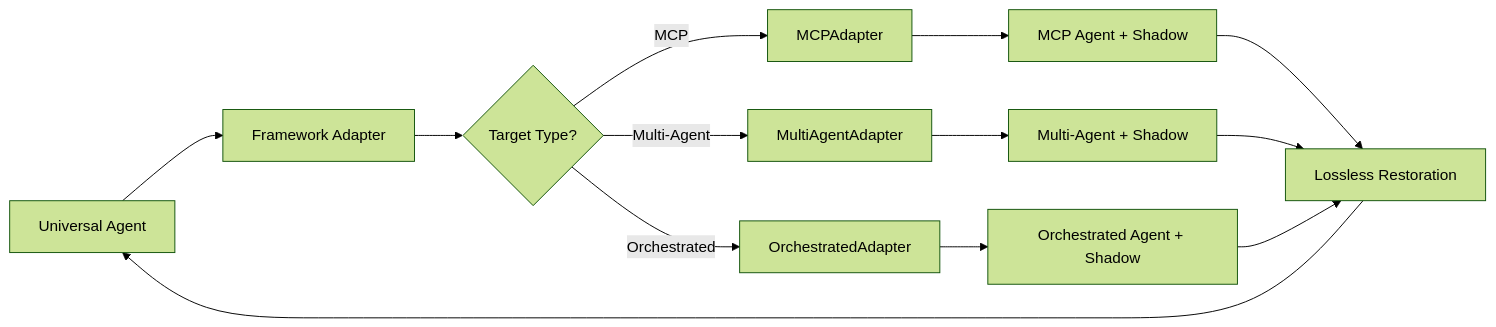
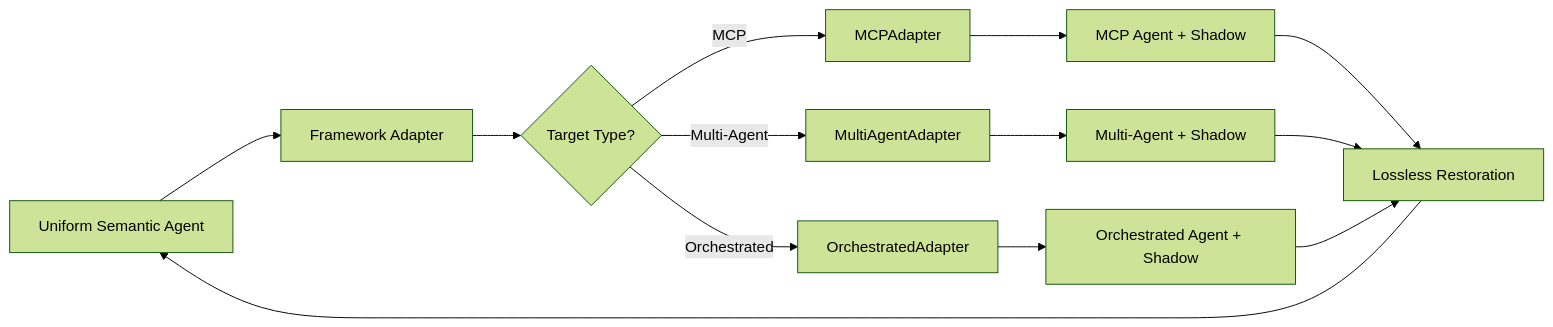
The sixth of 8 diagrams in ARCHITECTURE.md (Replicant-Partners/Chrysalis), drawn with Mermaid (forest theme) before and after one commit. The commit also changed other lines of this file and 129 other files, not shown here.

````diff
--- a/ARCHITECTURE.md
+++ b/ARCHITECTURE.md
@@ -178,19 +178,19 @@
 ```mermaid
 flowchart LR
-    A[Universal Agent] --> B[Framework Adapter]
+    A[Uniform Semantic Agent] --> B[Framework Adapter]
     B --> C{Target Type?}
     
     C -->|MCP| D[MCPAdapter]
     C -->|Multi-Agent| E[MultiAgentAdapter]
     C -->|Orchestrated| F[OrchestratedAdapter]
     
     D --> G[MCP Agent + Shadow]
     E --> H[Multi-Agent + Shadow]
     F --> I[Orchestrated Agent + Shadow]
     
     G --> J[Lossless Restoration]
     H --> J
     I --> J
     
     J --> A
 ```
````
